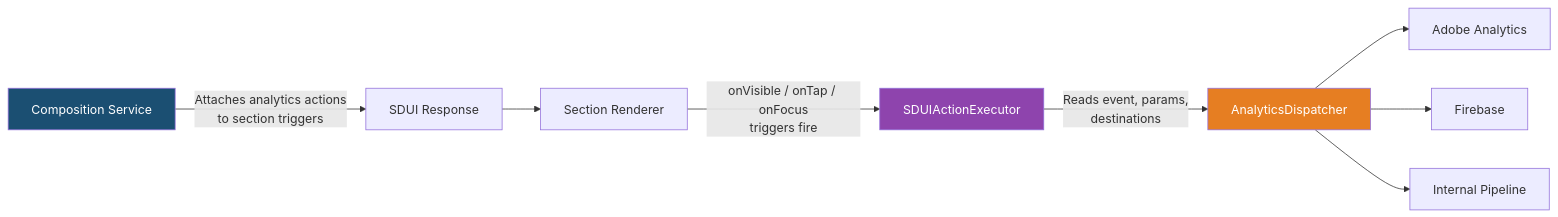
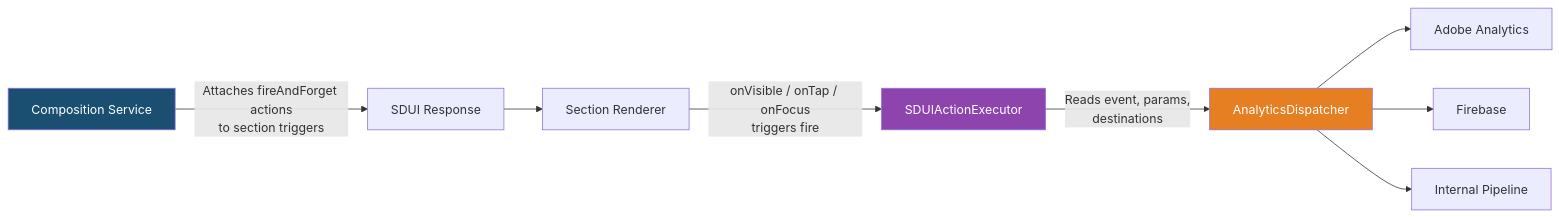
Before and after one commit to bakburner/sdui-learn: the sixth of 12 diagrams in docs/sdui-requirements-summary.md, drawn with Mermaid. The commit also changed other lines of this file and 26 other files, not shown here.

````diff
--- a/docs/sdui-requirements-summary.md
+++ b/docs/sdui-requirements-summary.md
@@ -362,14 +363,14 @@
 ```mermaid
 graph LR
-    CS[Composition Service] -->|"Attaches analytics actions<br/>to section triggers"| RESP[SDUI Response]
+    CS[Composition Service] -->|"Attaches fireAndForget actions<br/>to section triggers"| RESP[SDUI Response]
     RESP --> REND[Section Renderer]
     REND -->|"onVisible / onTap / onFocus<br/>triggers fire"| EXEC[SDUIActionExecutor]
     EXEC -->|"Reads event, params,<br/>destinations"| DISP[AnalyticsDispatcher]
     DISP --> ADOBE[Adobe Analytics]
     DISP --> FIRE[Firebase]
     DISP --> INT[Internal Pipeline]
 
     style CS fill:#1B4F72,color:#fff
     style EXEC fill:#8E44AD,color:#fff
     style DISP fill:#E67E22,color:#fff
 ```
````
